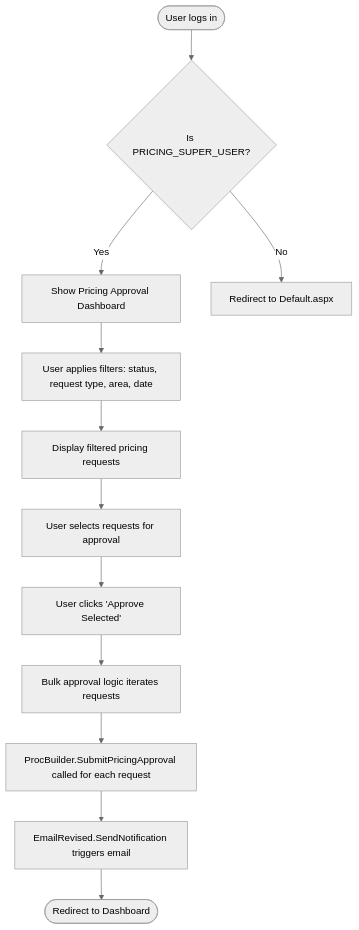
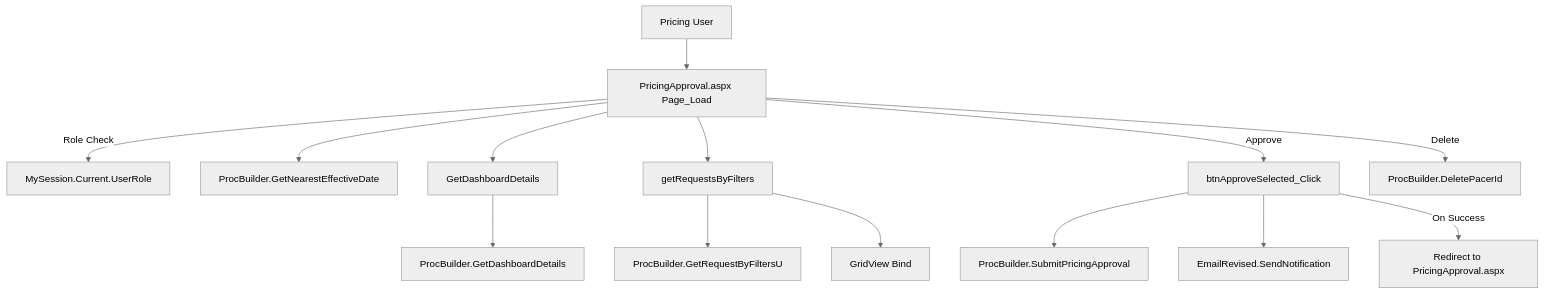
One commit to saniyakapur39/.NET_code_analyzer changed the second of 6 diagrams in business_functionality.md. Above: the diagram before and after it, drawn with Mermaid (neutral theme). The commit also changed other lines of this file, not shown here.

````diff
--- a/business_functionality.md
+++ b/business_functionality.md
@@ -6,27 +50,16 @@
 ```mermaid
 flowchart TD
-    Start([User logs in])
-    CheckRole{Is PRICING_SUPER_USER?}
-    Dashboard[Show Pricing Approval Dashboard]
-    Filter[User applies filters: status, request type, area, date]
-    Requests[Display filtered pricing requests]
-    Select[User selects requests for approval]
-    Approve[User clicks 'Approve Selected']
-    BulkApprove[Bulk approval logic iterates requests]
-    UpdateStatus[ProcBuilder.SubmitPricingApproval called for each request]
-    Notify[EmailRevised.SendNotification triggers email]
-    End([Redirect to Dashboard])
-    Redirect[Redirect to Default.aspx]
-
-    Start --> CheckRole
-    CheckRole -- Yes --> Dashboard
-    CheckRole -- No --> Redirect
-    Dashboard --> Filter
-    Filter --> Requests
-    Requests --> Select
-    Select --> Approve
-    Approve --> BulkApprove
-    BulkApprove --> UpdateStatus
-    UpdateStatus --> Notify
-    Notify --> End
+    PricingUser[Pricing User] --> PricingApprovalAspx[PricingApproval.aspx Page_Load]
+    PricingApprovalAspx -->|Role Check| MySessionRole[MySession.Current.UserRole]
+    PricingApprovalAspx --> ProcBuilderGetNearestDate[ProcBuilder.GetNearestEffectiveDate]
+    PricingApprovalAspx --> GetDashboardDetails[GetDashboardDetails]
+    GetDashboardDetails --> ProcBuilderDashboard[ProcBuilder.GetDashboardDetails]
+    PricingApprovalAspx --> getRequestsByFilters[getRequestsByFilters]
+    getRequestsByFilters --> ProcBuilderGetRequests[ProcBuilder.GetRequestByFiltersU]
+    getRequestsByFilters --> gvDashboardDetails[GridView Bind]
+    PricingApprovalAspx -->|Approve| btnApproveSelected_Click[btnApproveSelected_Click]
+    btnApproveSelected_Click --> ProcBuilderSubmitPricingApproval[ProcBuilder.SubmitPricingApproval]
+    btnApproveSelected_Click --> EmailRevisedSend[EmailRevised.SendNotification]
+    btnApproveSelected_Click -->|On Success| RedirectApproval[Redirect to PricingApproval.aspx]
+    PricingApprovalAspx -->|Delete| ProcBuilderDeletePacerId[ProcBuilder.DeletePacerId]
 ```
````
